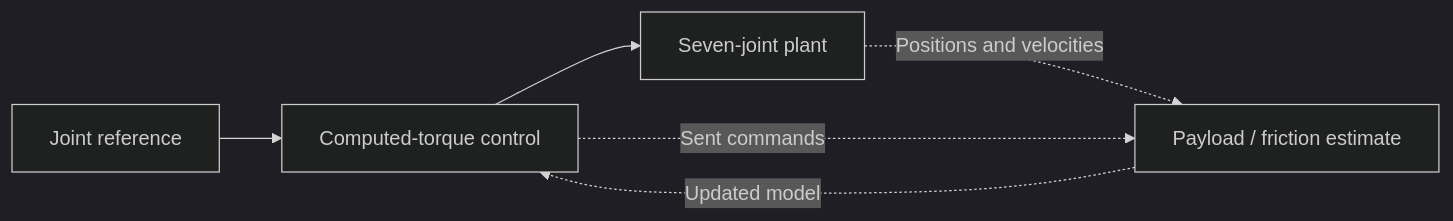
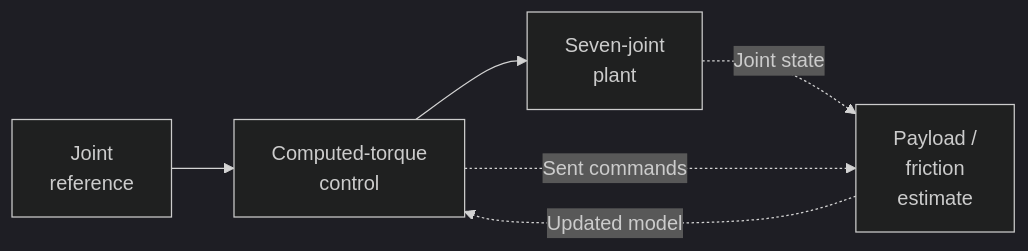
The second of 2 diagrams in README.md (andrealo20/SARRL), drawn with Mermaid (dark theme) before and after one commit. The commit also changed other lines of this file, not shown here.

Commit message:
Wrap native diagram labels within their nodes

````diff
--- a/README.md
+++ b/README.md
@@ -82,8 +82,8 @@
 ```mermaid
 flowchart LR
-    reference["Joint reference"] --> torque["Computed-torque control"]
-    torque --> robot["Seven-joint plant"]
-    robot -. "Positions and velocities" .-> estimate["Payload / friction estimate"]
+    reference["Joint<br/>reference"] --> torque["Computed-torque<br/>control"]
+    torque --> robot["Seven-joint<br/>plant"]
+    robot -. "Joint state" .-> estimate["Payload /<br/>friction<br/>estimate"]
     torque -. "Sent commands" .-> estimate
     estimate -. "Updated model" .-> torque
 ```
````
